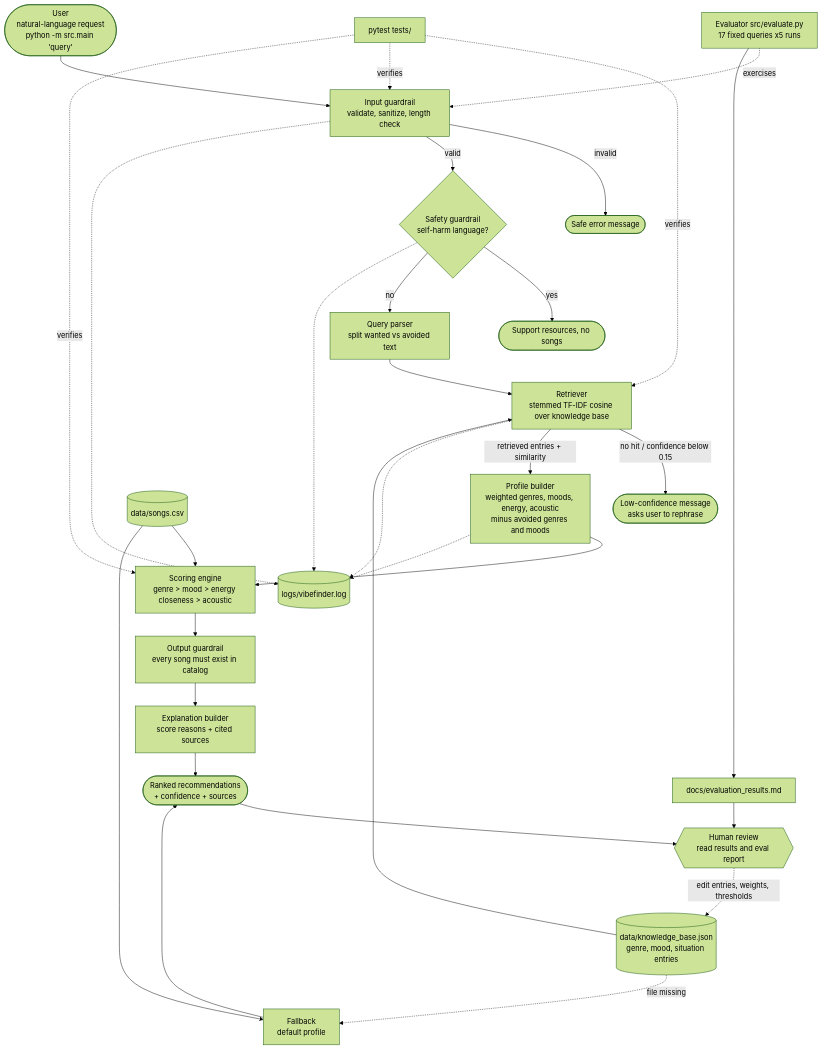
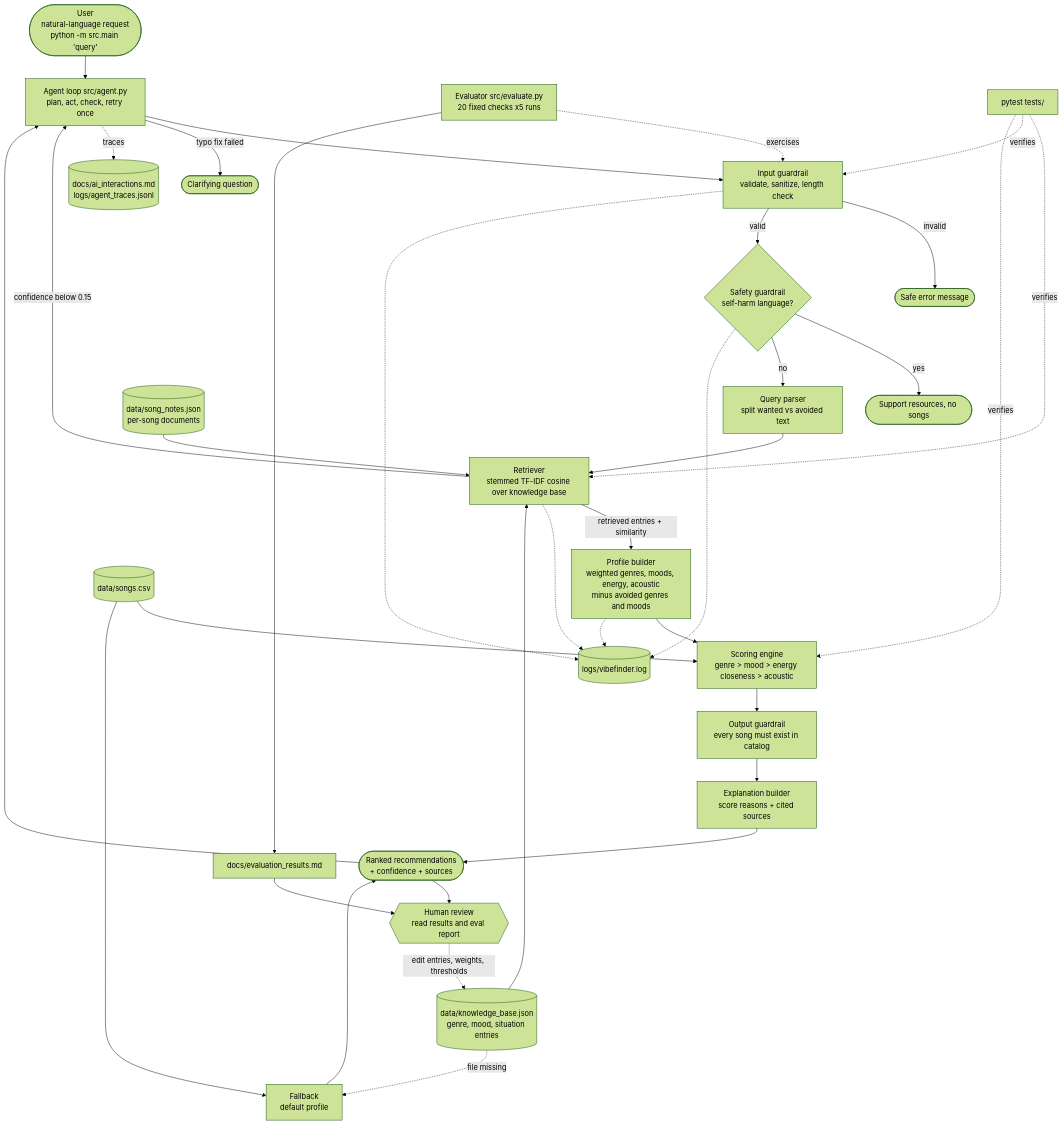
Before and after one commit to ferihao/applied-ai-system-final: the diagram in diagrams/architecture.mmd, drawn with Mermaid (forest theme). The commit also changed 11 other files, not shown here.

Commit message:
Add stretch features: multi-source RAG, agentic plan-act-check loop with traces, expanded evaluation

```diff
--- a/diagrams/architecture.mmd
+++ b/diagrams/architecture.mmd
@@ -1,39 +1,44 @@
 flowchart TD
     %% INPUT
-    U([User<br/>natural-language request<br/>python -m src.main 'query']) --> G1[Input guardrail<br/>validate, sanitize, length check]
+    U([User<br/>natural-language request<br/>python -m src.main 'query']) --> AG[Agent loop src/agent.py<br/>plan, act, check, retry once]
+    AG --> G1[Input guardrail<br/>validate, sanitize, length check]
     G1 -- invalid --> ERR([Safe error message])
     G1 -- valid --> SAFE{Safety guardrail<br/>self-harm language?}
     SAFE -- yes --> HELP([Support resources, no songs])
 
     %% RETRIEVAL
     SAFE -- no --> QP[Query parser<br/>split wanted vs avoided text]
     QP --> RET[Retriever<br/>stemmed TF-IDF cosine over knowledge base]
     KB[(data/knowledge_base.json<br/>genre, mood, situation entries)] --> RET
-    RET -- no hit / confidence below 0.15 --> LOW([Low-confidence message<br/>asks user to rephrase])
+    SN[(data/song_notes.json<br/>per-song documents)] --> RET
+    RET -- confidence below 0.15 --> AG
+    AG -- typo fix failed --> ASK([Clarifying question])
     KB -. file missing .-> FB[Fallback<br/>default profile]
 
     %% GENERATION
     RET -- retrieved entries + similarity --> PROF[Profile builder<br/>weighted genres, moods, energy, acoustic<br/>minus avoided genres and moods]
     PROF --> SC[Scoring engine<br/>genre > mood > energy closeness > acoustic]
     SONGS[(data/songs.csv)] --> SC
     SONGS --> FB
     SC --> G2[Output guardrail<br/>every song must exist in catalog]
     G2 --> EXP[Explanation builder<br/>score reasons + cited sources]
     FB --> OUT
     EXP --> OUT([Ranked recommendations<br/>+ confidence + sources])
 
     %% LOGGING
     G1 -.-> LOG[(logs/vibefinder.log)]
     RET -.-> LOG
     PROF -.-> LOG
     SAFE -.-> LOG
 
     %% TESTING AND HUMAN REVIEW
-    EVAL[Evaluator src/evaluate.py<br/>17 fixed queries x5 runs] -. exercises .-> G1
+    EVAL[Evaluator src/evaluate.py<br/>20 fixed checks x5 runs] -. exercises .-> G1
     EVAL --> REP[docs/evaluation_results.md]
     UT[pytest tests/] -. verifies .-> RET
     UT -. verifies .-> G1
     UT -. verifies .-> SC
+    OUT --> AG
+    AG -. traces .-> TR[(docs/ai_interactions.md<br/>logs/agent_traces.jsonl)]
     OUT --> H{{Human review<br/>read results and eval report}}
     REP --> H
     H -. edit entries, weights, thresholds .-> KB
```
